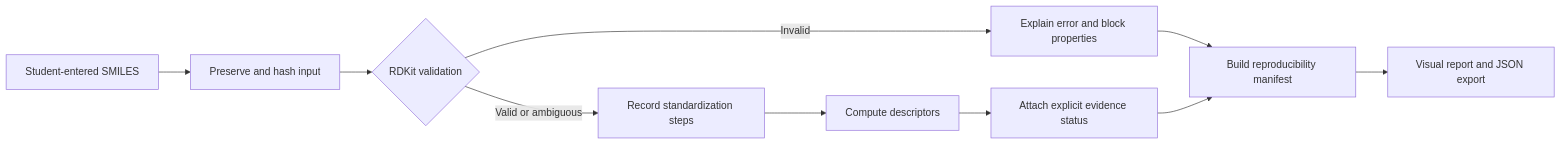
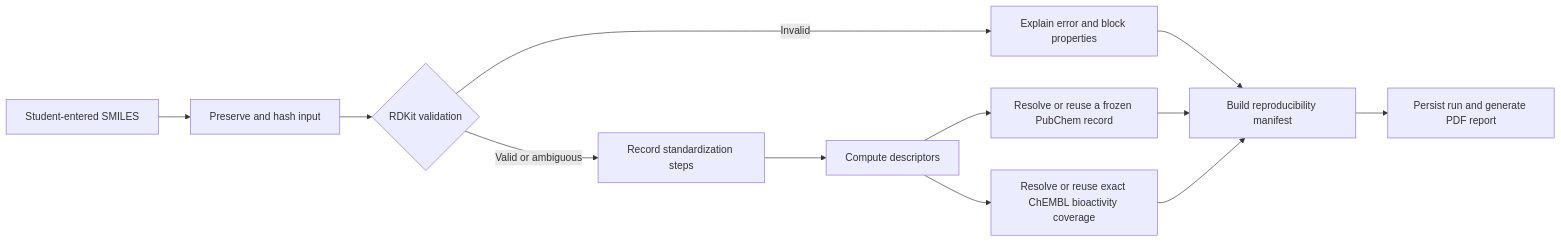
The diagram in README.md (Office50505/32-Bit), drawn with Mermaid before and after one commit. The commit also changed other lines of this file and 64 other files, not shown here.

````diff
--- a/README.md
+++ b/README.md
@@ -63,12 +78,14 @@
 ```mermaid
 flowchart LR
     A[Student-entered SMILES] --> B[Preserve and hash input]
     B --> C{RDKit validation}
     C -->|Invalid| D[Explain error and block properties]
     C -->|Valid or ambiguous| E[Record standardization steps]
     E --> F[Compute descriptors]
-    F --> G[Attach explicit evidence status]
+    F --> G[Resolve or reuse a frozen PubChem record]
+    F --> J[Resolve or reuse exact ChEMBL bioactivity coverage]
     D --> H[Build reproducibility manifest]
     G --> H
-    H --> I[Visual report and JSON export]
+    J --> H
+    H --> I[Persist run and generate PDF report]
 ```
````
